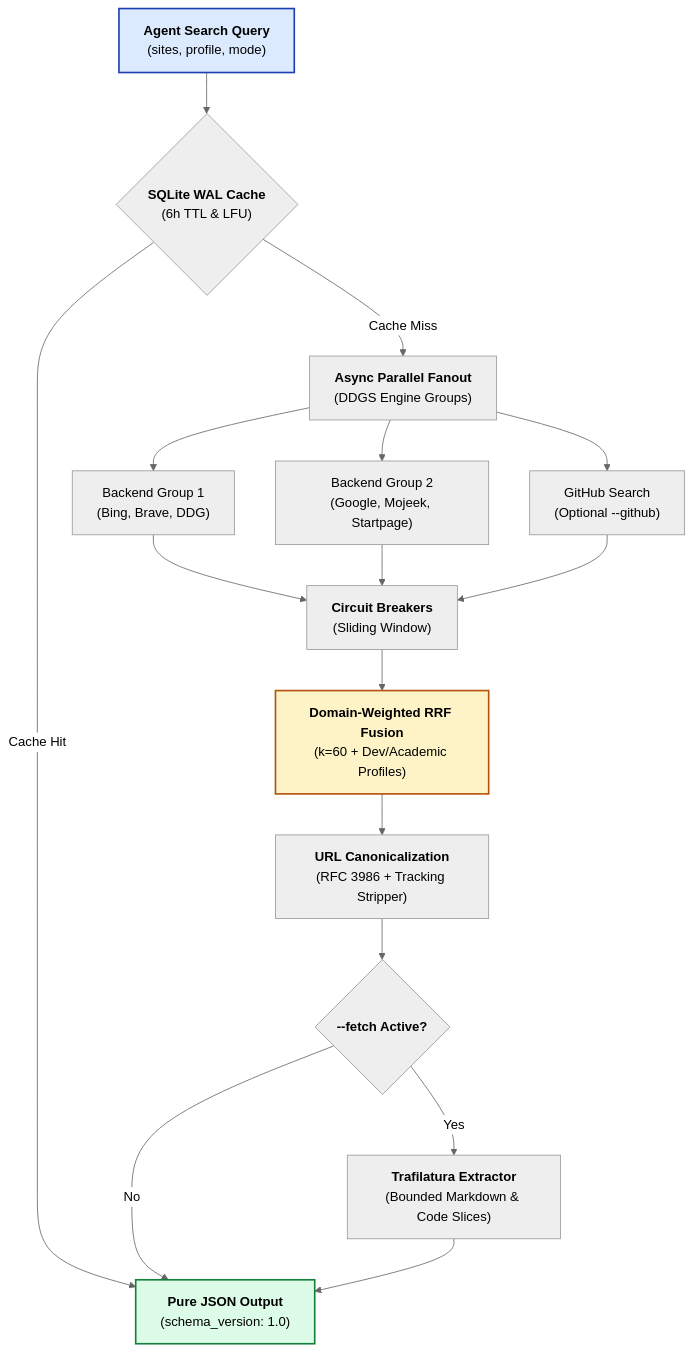
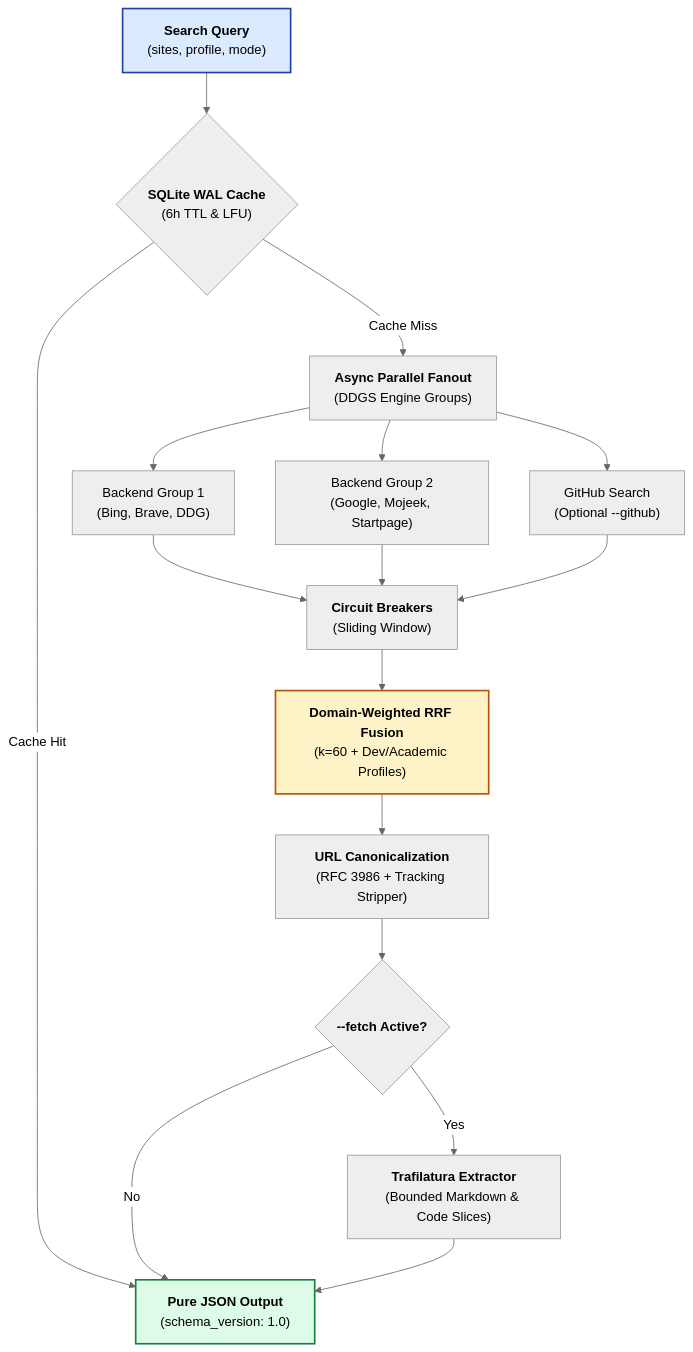
Before and after one commit to Alih-b/Josty: the diagram in README.md, drawn with Mermaid (neutral theme). The commit also changed other lines of this file, not shown here.

````diff
--- a/README.md
+++ b/README.md
@@ -197,30 +174,30 @@
 ```mermaid
 graph TD
-    Query["<b>Agent Search Query</b><br/>(sites, profile, mode)"] --> Cache{"<b>SQLite WAL Cache</b><br/>(6h TTL & LFU)"}
+    Query["<b>Search Query</b><br/>(sites, profile, mode)"] --> Cache{"<b>SQLite WAL Cache</b><br/>(6h TTL & LFU)"}
     
     Cache -- Cache Hit --> Out["<b>Pure JSON Output</b><br/>(schema_version: 1.0)"]
     
     Cache -- Cache Miss --> Fanout["<b>Async Parallel Fanout</b><br/>(DDGS Engine Groups)"]
     
     Fanout --> B1["Backend Group 1<br/>(Bing, Brave, DDG)"]
     Fanout --> B2["Backend Group 2<br/>(Google, Mojeek, Startpage)"]
     Fanout --> GH["GitHub Search<br/>(Optional --github)"]
     
     B1 --> Circuit["<b>Circuit Breakers</b><br/>(Sliding Window)"]
     B2 --> Circuit
     GH --> Circuit
     
     Circuit --> RRF["<b>Domain-Weighted RRF Fusion</b><br/>(k=60 + Dev/Academic Profiles)"]
     
     RRF --> Canon["<b>URL Canonicalization</b><br/>(RFC 3986 + Tracking Stripper)"]
     
     Canon --> Fetch{"<b>--fetch Active?</b>"}
     
     Fetch -- Yes --> Traf["<b>Trafilatura Extractor</b><br/>(Bounded Markdown & Code Slices)"]
     Fetch -- No --> Out
     Traf --> Out
 
     style Query fill:#dbeafe,stroke:#1e40af,stroke-width:2px;
     style Out fill:#dcfce7,stroke:#15803d,stroke-width:2px;
     style RRF fill:#fef3c7,stroke:#b45309,stroke-width:2px;
 ```
````
